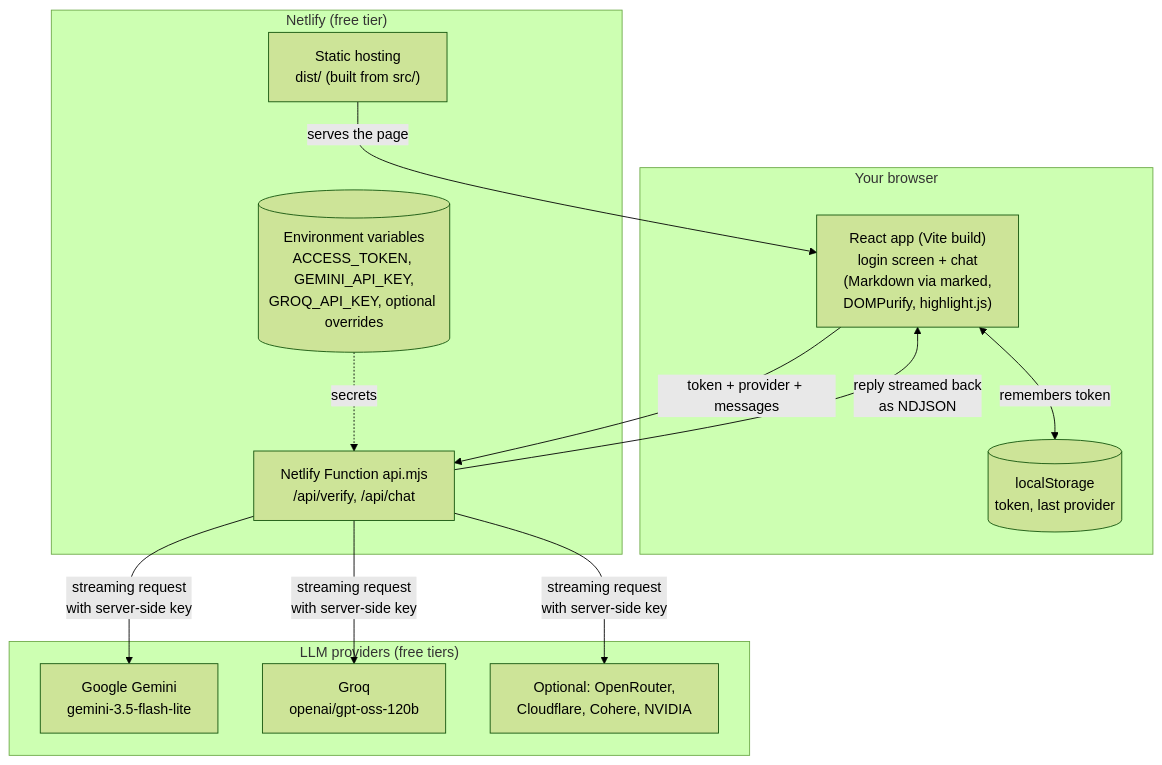
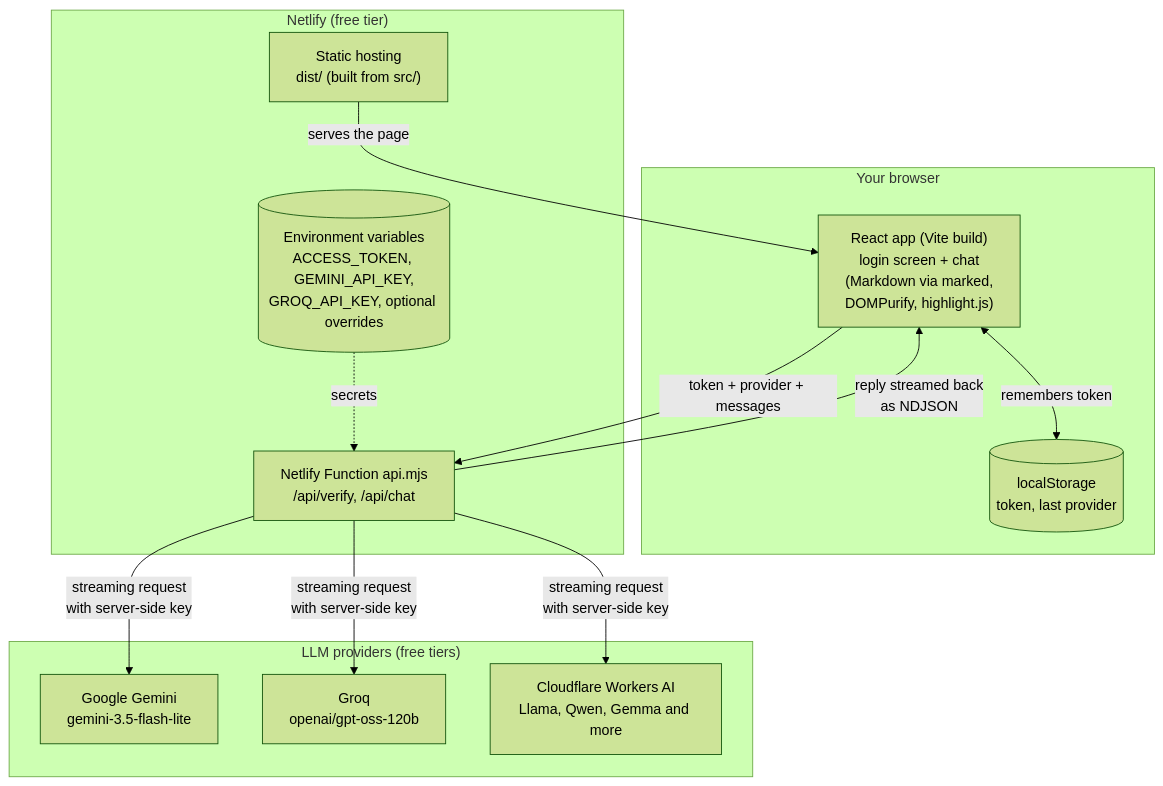
The first of 2 diagrams in README.md (willamesoares/llmate), drawn with Mermaid (forest theme) before and after one commit. The commit also changed other lines of this file and 9 other files, not shown here.

````diff
--- a/README.md
+++ b/README.md
@@ -102,28 +96,28 @@
 ```mermaid
 flowchart TB
     subgraph Browser["Your browser"]
         UI["React app (Vite build)<br/>login screen + chat<br/>(Markdown via marked,<br/>DOMPurify, highlight.js)"]
         LS[("localStorage<br/>token, last provider")]
     end
 
     subgraph Netlify["Netlify (free tier)"]
         STATIC["Static hosting<br/>dist/ (built from src/)"]
         FN["Netlify Function api.mjs<br/>/api/verify, /api/chat"]
         ENV[("Environment variables<br/>ACCESS_TOKEN, GEMINI_API_KEY,<br/>GROQ_API_KEY, optional overrides")]
     end
 
     subgraph Providers["LLM providers (free tiers)"]
         GEM["Google Gemini<br/>gemini-3.5-flash-lite"]
         GROQ["Groq<br/>openai/gpt-oss-120b"]
-        MORE["Optional: OpenRouter,<br/>Cloudflare, Cohere, NVIDIA"]
+        MORE["Cloudflare Workers AI<br/>Llama, Qwen, Gemma and more"]
     end
 
     STATIC -- "serves the page" --> UI
     UI <-- "remembers token" --> LS
     UI -- "token + provider + messages" --> FN
     ENV -. "secrets" .-> FN
     FN -- "streaming request<br/>with server-side key" --> GEM
     FN -- "streaming request<br/>with server-side key" --> GROQ
     FN -- "streaming request<br/>with server-side key" --> MORE
     FN -- "reply streamed back<br/>as NDJSON" --> UI
 ```
````
